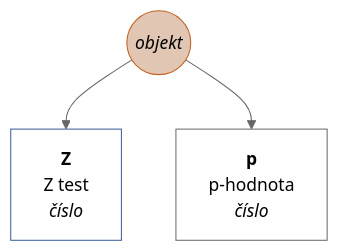
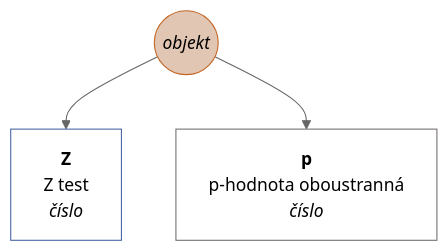
Before and after one commit to muzikp/retusa: diagram 43 of 45 in docs/cs-CZ.md, drawn with Mermaid (neutral theme). The commit also changed other lines of this file and 4 other files, not shown here.

````diff
--- a/docs/cs-CZ.md
+++ b/docs/cs-CZ.md
@@ -1780,13 +1780,13 @@
 ```mermaid
 graph TD
 wcxpair((<i>objekt</i>))
 style wcxpair fill:#E1C6B3;
 style wcxpair stroke:#C36422;
 wcxpair --> Z[<b>Z</b><br>Z test <br><i>číslo</i>]
 style Z fill:#FFFFFF;
 style Z stroke:#4967A4;
-wcxpair --> p[<b>p</b><br>p-hodnota <br><i>číslo</i>]
+wcxpair --> p[<b>p</b><br>p-hodnota oboustranná <br><i>číslo</i>]
 style p fill:#FFFFFF;
 style p stroke:#75716F;
 
 ```
````
